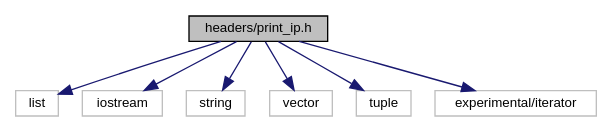
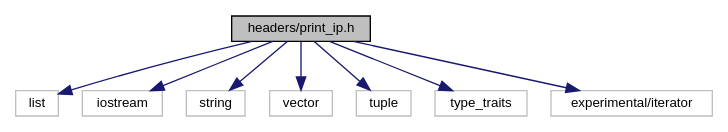
The diagram in print__ip_8h__incl.dot (azbyx/print_ip), drawn with Graphviz before and after one commit. The commit also changed 47 other files, not shown here.

```diff
--- a/print__ip_8h__incl.dot
+++ b/print__ip_8h__incl.dot
@@ -1,20 +1,22 @@
 digraph "headers/print_ip.h"
 {
  // INTERACTIVE_SVG=YES
  // LATEX_PDF_SIZE
   edge [fontname="Helvetica",fontsize="10",labelfontname="Helvetica",labelfontsize="10"];
   node [fontname="Helvetica",fontsize="10",shape=record];
   Node1 [label="headers/print_ip.h",height=0.2,width=0.4,color="black", fillcolor="grey75", style="filled", fontcolor="black",tooltip=" "];
   Node1 -> Node2 [color="midnightblue",fontsize="10",style="solid",fontname="Helvetica"];
   Node2 [label="list",height=0.2,width=0.4,color="grey75", fillcolor="white", style="filled",tooltip=" "];
   Node1 -> Node3 [color="midnightblue",fontsize="10",style="solid",fontname="Helvetica"];
   Node3 [label="iostream",height=0.2,width=0.4,color="grey75", fillcolor="white", style="filled",tooltip=" "];
   Node1 -> Node4 [color="midnightblue",fontsize="10",style="solid",fontname="Helvetica"];
   Node4 [label="string",height=0.2,width=0.4,color="grey75", fillcolor="white", style="filled",tooltip=" "];
   Node1 -> Node5 [color="midnightblue",fontsize="10",style="solid",fontname="Helvetica"];
   Node5 [label="vector",height=0.2,width=0.4,color="grey75", fillcolor="white", style="filled",tooltip=" "];
   Node1 -> Node6 [color="midnightblue",fontsize="10",style="solid",fontname="Helvetica"];
   Node6 [label="tuple",height=0.2,width=0.4,color="grey75", fillcolor="white", style="filled",tooltip=" "];
   Node1 -> Node7 [color="midnightblue",fontsize="10",style="solid",fontname="Helvetica"];
-  Node7 [label="experimental/iterator",height=0.2,width=0.4,color="grey75", fillcolor="white", style="filled",tooltip=" "];
+  Node7 [label="type_traits",height=0.2,width=0.4,color="grey75", fillcolor="white", style="filled",tooltip=" "];
+  Node1 -> Node8 [color="midnightblue",fontsize="10",style="solid",fontname="Helvetica"];
+  Node8 [label="experimental/iterator",height=0.2,width=0.4,color="grey75", fillcolor="white", style="filled",tooltip=" "];
 }
```
